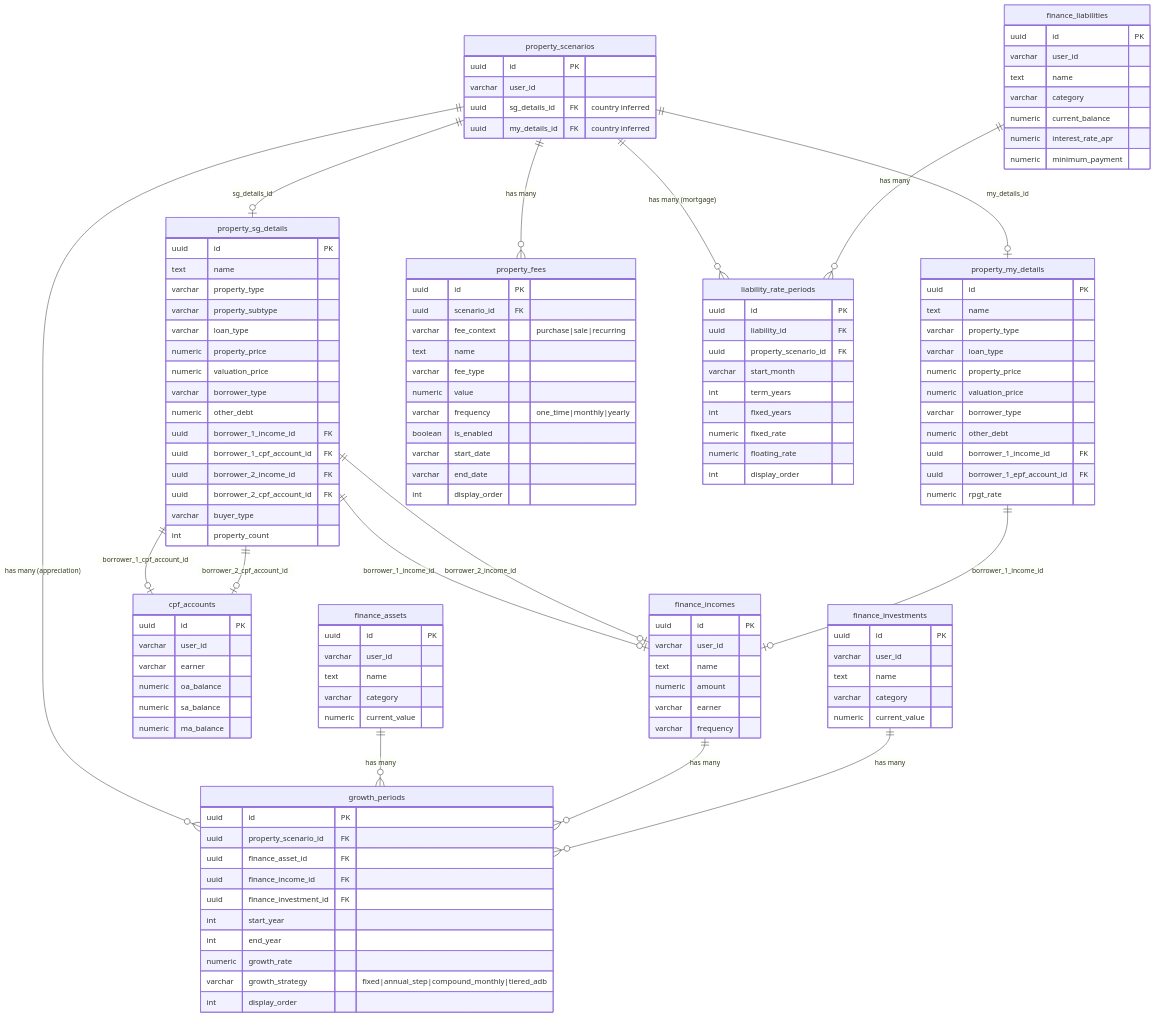
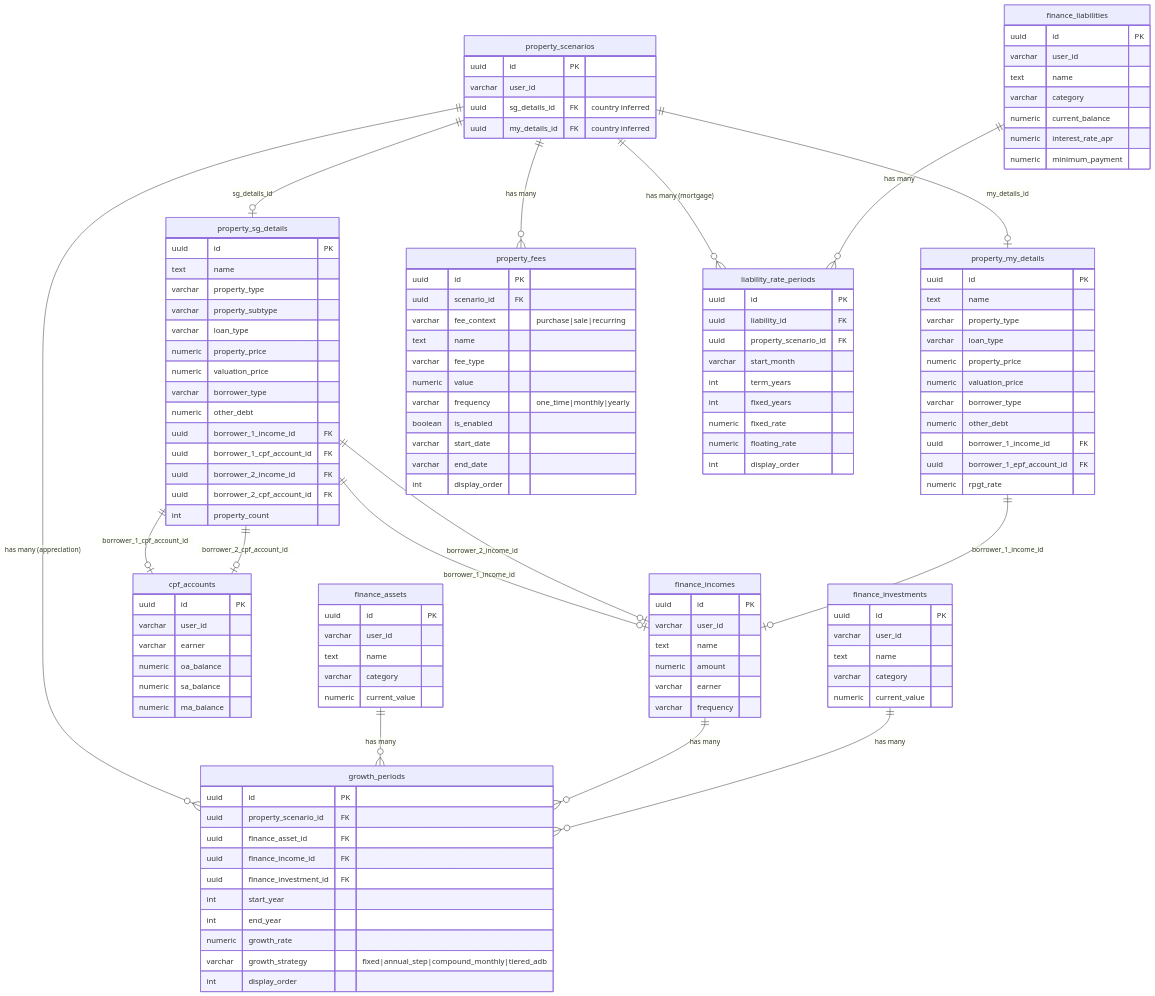
The first of 9 diagrams in specs/in-progress/property-planner-v2-persistence.md (jcleow/wealthproject), drawn with Mermaid before and after one commit. The commit also changed other lines of this file and 1 other file, not shown here.

First line of the commit message:
feat(specs): add residency_status to finance_incomes, derive buyerType

```diff
--- a/specs/in-progress/property-planner-v2-persistence.md
+++ b/specs/in-progress/property-planner-v2-persistence.md
@@ -435,7 +453,6 @@
         uuid borrower_1_cpf_account_id FK
         uuid borrower_2_income_id FK
         uuid borrower_2_cpf_account_id FK
-        varchar buyer_type
         int property_count
     }
 
```
